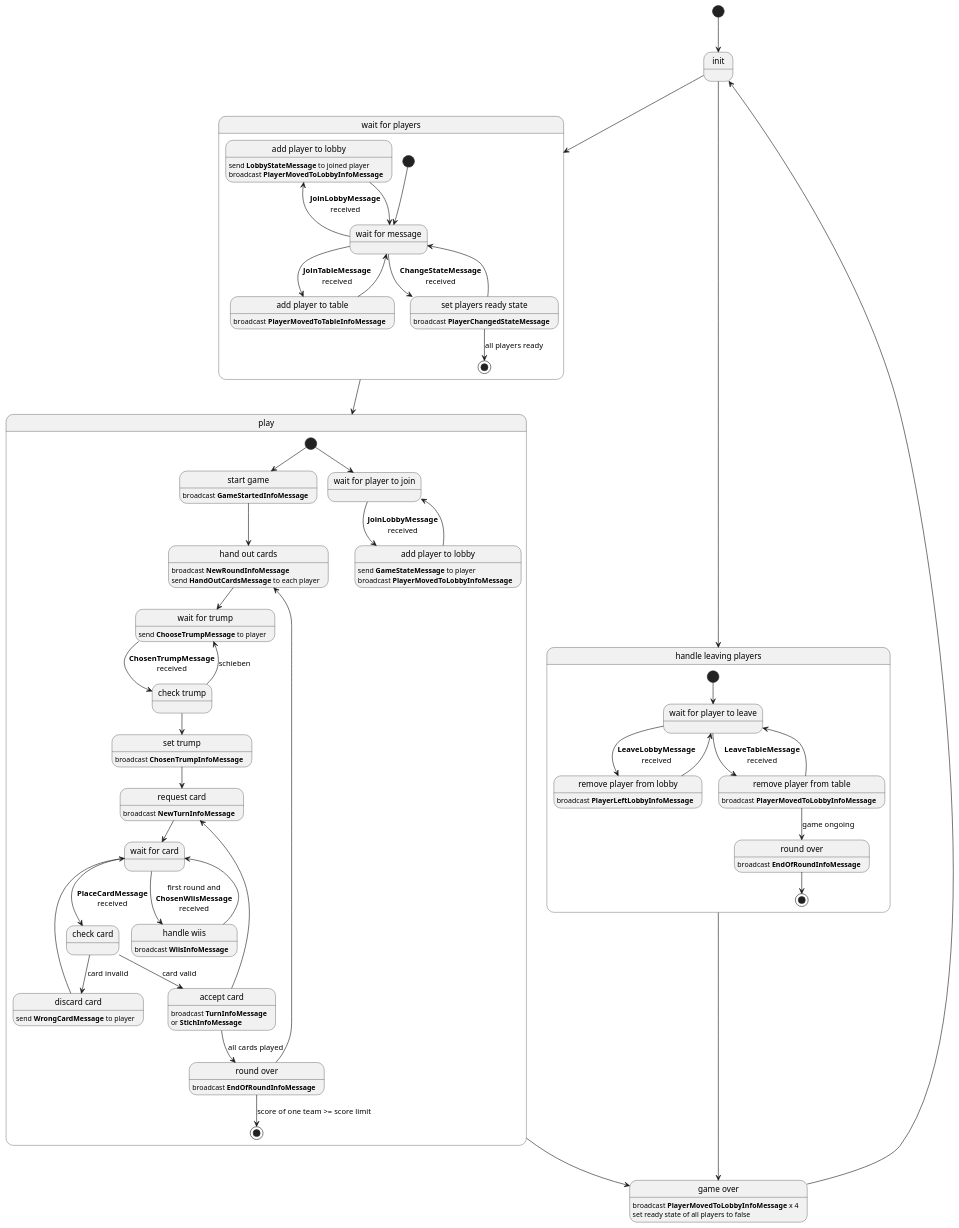
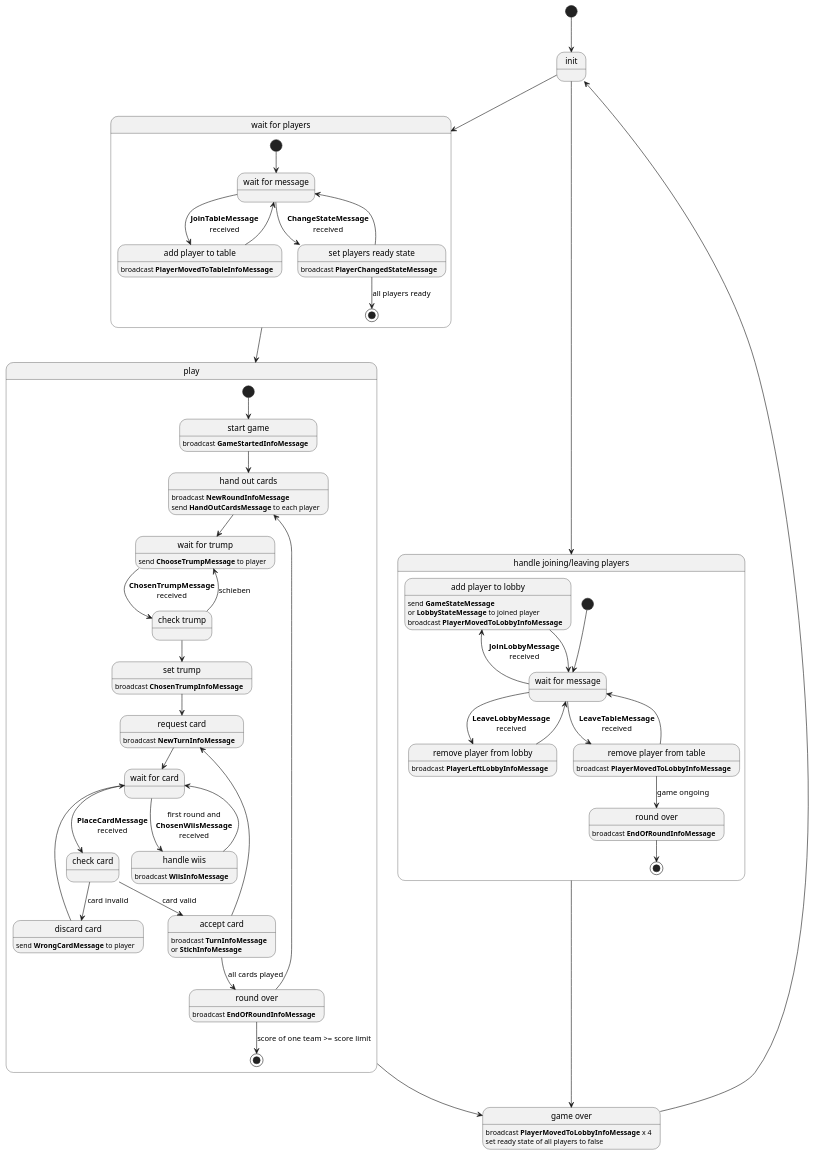
Before and after one commit to mcalzaferri/ntb-jass-common: the diagram in StateDiagram.plantuml, drawn with PlantUML. The commit also changed 1 other file, not shown here.

Commit message:
Update StateDiagram

```diff
--- a/StateDiagram.plantuml
+++ b/StateDiagram.plantuml
@@ -1,96 +1,89 @@
 @startuml
 skinparam dpi 100
 skinparam shadowing false
 
 [*] --> init
 init --> lobby
-init --> handleLeave
+init --> handleJoinLeave
 
 state "wait for players" as lobby {
       state "wait for message" as waitForMsg
-      state "add player to lobby" as addPlayerToLobby :\
-      send **LobbyStateMessage** to joined player\nbroadcast **PlayerMovedToLobbyInfoMessage**
       state "add player to table" as addPlayerToTable : broadcast **PlayerMovedToTableInfoMessage**
       state "set players ready state" as setPlayerReadyState : broadcast **PlayerChangedStateMessage**
 
       [*] --> waitForMsg
-      waitForMsg -left-> addPlayerToLobby : **JoinLobbyMessage**\nreceived
       waitForMsg --> addPlayerToTable : **JoinTableMessage**\nreceived
       waitForMsg --> setPlayerReadyState : **ChangeStateMessage**\nreceived
-      addPlayerToLobby --> waitForMsg
       addPlayerToTable --> waitForMsg
       setPlayerReadyState --> waitForMsg
       setPlayerReadyState --> [*] : all players ready
 }
 
 lobby --> play
 
 state "play" as play {
       state "start game" as startGame : broadcast **GameStartedInfoMessage**
       state "hand out cards" as handOut : \
       broadcast **NewRoundInfoMessage**\nsend **HandOutCardsMessage** to each player
       state "wait for trump" as waitTrump : send **ChooseTrumpMessage** to player
       state "wait for card" as waitForCard
       state "set trump" as setTrump : broadcast **ChosenTrumpInfoMessage**
       state "check trump" as checkTrump
       state "request card" as requestCard : broadcast **NewTurnInfoMessage**
       state "check card" as checkCard
       state "accept card" as acceptCard : \
       broadcast **TurnInfoMessage**\nor **StichInfoMessage**
       state "discard card" as discardCard : send **WrongCardMessage** to player
       state "handle wiis" as handleWiis : broadcast **WiisInfoMessage**
       state "round over" as roundOver : broadcast **EndOfRoundInfoMessage**
 
       [*] --> startGame
       startGame --> handOut
       handOut --> waitTrump
       waitTrump --> checkTrump : **ChosenTrumpMessage**\nreceived
       checkTrump --> waitTrump : schieben
       checkTrump --> setTrump
       setTrump --> requestCard
       requestCard --> waitForCard
       waitForCard --> checkCard : **PlaceCardMessage**\nreceived
       waitForCard --> handleWiis : first round and\n**ChosenWiisMessage**\nreceived
       handleWiis --> waitForCard
       checkCard --> acceptCard : card valid
       acceptCard --> requestCard
       checkCard --> discardCard : card invalid
       discardCard --> waitForCard
       acceptCard --> roundOver : all cards played
       roundOver --> handOut
       roundOver --> [*] : score of one team >= score limit
-
-      state "wait for player to join" as waitForJoin2
-      state "add player to lobby" as addPlayerToLobby2 : \
-      send **GameStateMessage** to player\nbroadcast **PlayerMovedToLobbyInfoMessage**
-
-      [*] --> waitForJoin2
-      waitForJoin2 --> addPlayerToLobby2 : **JoinLobbyMessage**\nreceived
-      addPlayerToLobby2 --> waitForJoin2
 }
 
 state "game over" as gameOver : \
 broadcast **PlayerMovedToLobbyInfoMessage** x 4\n\
 set ready state of all players to false
 
 play --> gameOver
 gameOver -up-> init
 
-state "handle leaving players" as handleLeave {
+
+state "handle joining/leaving players" as handleJoinLeave {
+      state "wait for message" as waitForJoinLeave
+      state "add player to lobby" as addPlayerToLobby : \
+      send **GameStateMessage**\nor **LobbyStateMessage** to joined player\nbroadcast **PlayerMovedToLobbyInfoMessage**
       state "remove player from lobby" as removePlayerFromLobby : broadcast **PlayerLeftLobbyInfoMessage**
       state "remove player from table" as removePlayerFromTable : broadcast **PlayerMovedToLobbyInfoMessage**
-      state "wait for player to leave" as waitForLeave
       state "round over" as roundOver2 : broadcast **EndOfRoundInfoMessage**
 
-      [*] --> waitForLeave
-      waitForLeave -right-> removePlayerFromLobby : **LeaveLobbyMessage**\nreceived
-      removePlayerFromLobby --> waitForLeave
-      waitForLeave --> removePlayerFromTable : **LeaveTableMessage**\nreceived
-      removePlayerFromTable --> waitForLeave
+      [*] --> waitForJoinLeave
+      waitForJoinLeave -left-> addPlayerToLobby : **JoinLobbyMessage**\nreceived
+      addPlayerToLobby --> waitForJoinLeave
+      waitForJoinLeave-right-> removePlayerFromLobby : **LeaveLobbyMessage**\nreceived
+      removePlayerFromLobby --> waitForJoinLeave
+      waitForJoinLeave --> removePlayerFromTable : **LeaveTableMessage**\nreceived
+      removePlayerFromTable --> waitForJoinLeave
       removePlayerFromTable --> roundOver2 : game ongoing
       roundOver2 --> [*]
 }
 
-handleLeave --> gameOver
+handleJoinLeave --> gameOver
 
 @enduml
```
